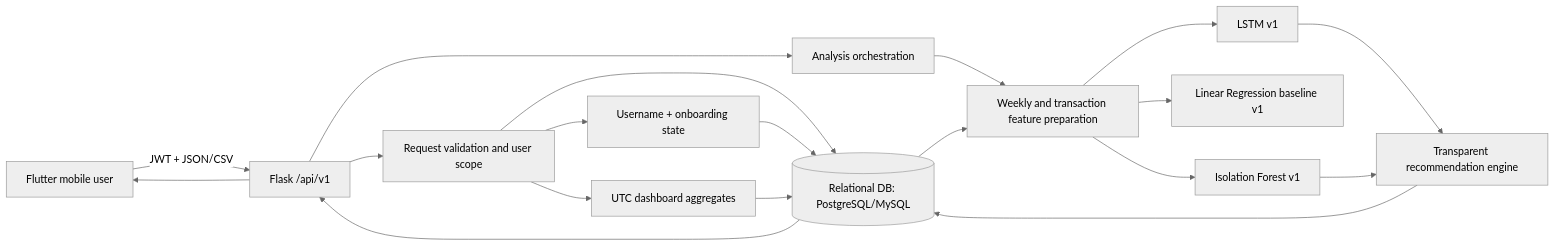
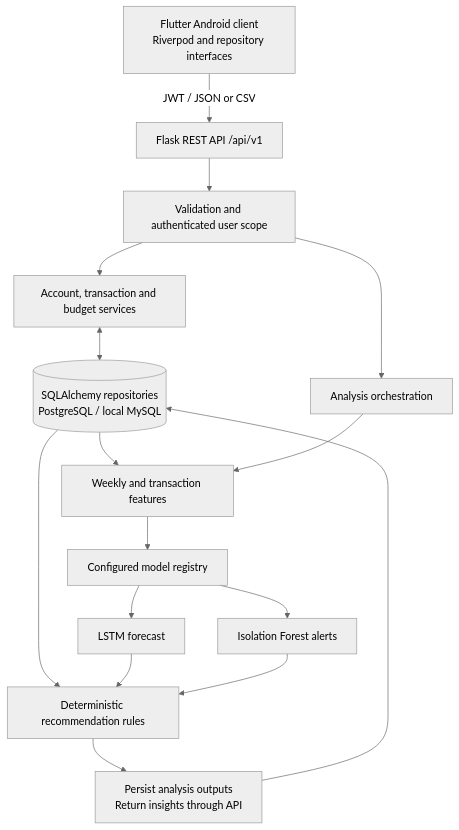
Before and after one commit to Eeshan-Vaghjiani/Spendly: the diagram in docs/system_architecture.md, drawn with Mermaid (neutral theme). The commit also changed other lines of this file and 5 other files, not shown here.

````diff
--- a/docs/system_architecture.md
+++ b/docs/system_architecture.md
@@ -3,21 +7,19 @@
 ```mermaid
-flowchart LR
-    U["Flutter mobile user"] -->|"JWT + JSON/CSV"| API["Flask /api/v1"]
-    API --> V["Request validation and user scope"]
-    V --> DB[("Relational DB: PostgreSQL/MySQL")]
-    V --> PROFILE["Username + onboarding state"]
-    V --> AGG["UTC dashboard aggregates"]
-    API --> ORCH["Analysis orchestration"]
-    ORCH --> FE["Weekly and transaction feature preparation"]
-    FE --> LSTM["LSTM v1"]
-    FE --> LR["Linear Regression baseline v1"]
-    FE --> IF["Isolation Forest v1"]
-    LSTM --> RULES["Transparent recommendation engine"]
+flowchart TD
+    U["Flutter Android client<br/>Riverpod and repository interfaces"]
+    U -->|"JWT / JSON or CSV"| API["Flask REST API /api/v1"]
+    API --> V["Validation and authenticated user scope"]
+    V --> S["Account, transaction and budget services"]
+    S <--> DB[("SQLAlchemy repositories<br/>PostgreSQL / local MySQL")]
+    V --> ORCH["Analysis orchestration"]
+    DB --> FE["Weekly and transaction features"]
+    ORCH --> FE
+    FE --> MODEL["Configured model registry"]
+    MODEL --> LSTM["LSTM forecast"]
+    MODEL --> IF["Isolation Forest alerts"]
+    DB --> RULES["Deterministic recommendation rules"]
+    LSTM --> RULES
     IF --> RULES
-    DB --> FE
-    RULES --> DB
-    DB --> API
-    API --> U
-    PROFILE --> DB
-    AGG --> DB
+    RULES --> STORE["Persist analysis outputs<br/>Return insights through API"]
+    STORE --> DB
 ```
````
